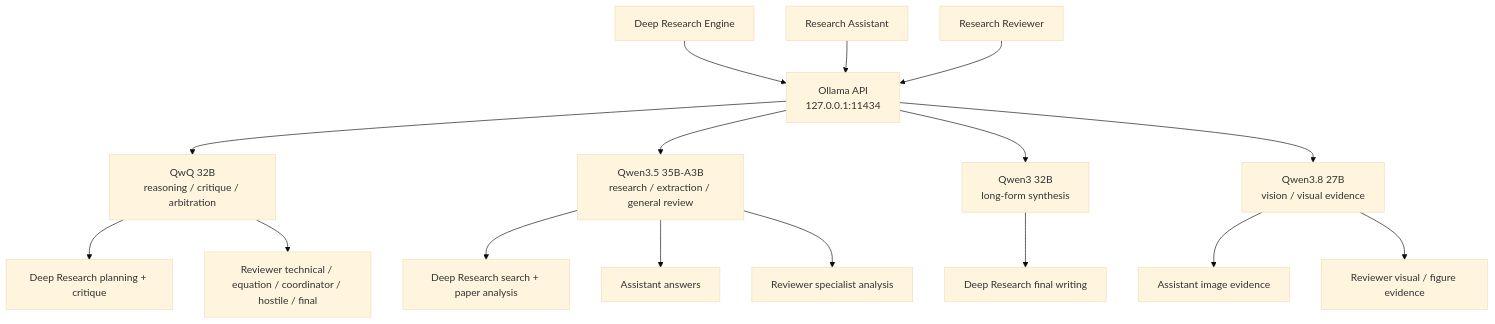
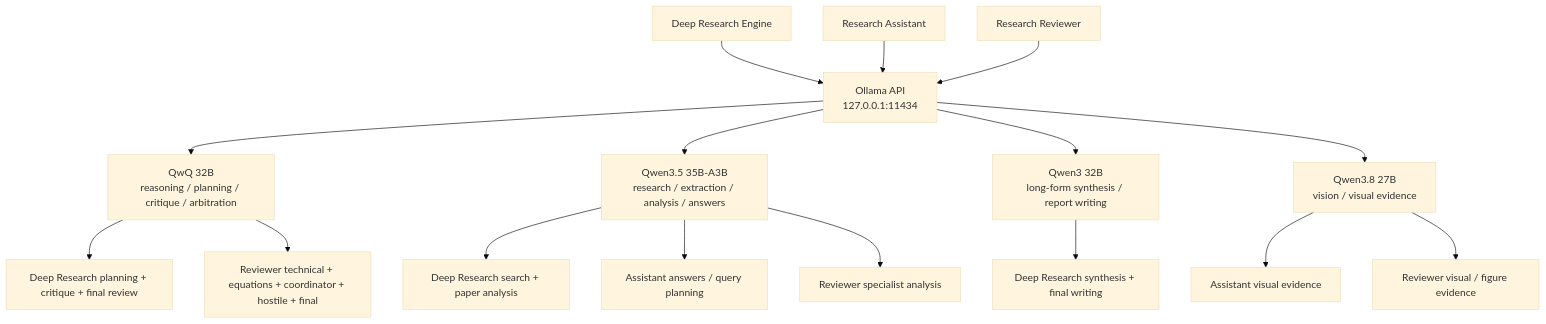
One commit to CRB20/deep_research_engine changed the fifth of 20 diagrams in README.md. Above: the diagram before and after it, drawn with Mermaid (base theme). The commit also changed other lines of this file, not shown here.

````diff
--- a/README.md
+++ b/README.md
@@ -827,20 +832,20 @@
 ```mermaid
 flowchart TB
     DRE[Deep Research Engine] --> API[Ollama API<br/>127.0.0.1:11434]
     RA[Research Assistant] --> API
     RR[Research Reviewer] --> API
 
-    API --> QWQ[QwQ 32B<br/>reasoning / critique / arbitration]
-    API --> Q35[Qwen3.5 35B-A3B<br/>research / extraction / general review]
-    API --> Q3[Qwen3 32B<br/>long-form synthesis]
+    API --> QWQ[QwQ 32B<br/>reasoning / planning / critique / arbitration]
+    API --> Q35[Qwen3.5 35B-A3B<br/>research / extraction / analysis / answers]
+    API --> Q3[Qwen3 32B<br/>long-form synthesis / report writing]
     API --> Q38[Qwen3.8 27B<br/>vision / visual evidence]
 
-    QWQ --> D1[Deep Research planning + critique]
-    QWQ --> R1[Reviewer technical / equation / coordinator / hostile / final]
+    QWQ --> D1[Deep Research planning + critique + final review]
+    QWQ --> R1[Reviewer technical + equations + coordinator + hostile + final]
     Q35 --> D2[Deep Research search + paper analysis]
-    Q35 --> A1[Assistant answers]
+    Q35 --> A1[Assistant answers / query planning]
     Q35 --> R2[Reviewer specialist analysis]
-    Q3 --> D3[Deep Research final writing]
-    Q38 --> A2[Assistant image evidence]
+    Q3 --> D3[Deep Research synthesis + final writing]
+    Q38 --> A2[Assistant visual evidence]
     Q38 --> R3[Reviewer visual / figure evidence]
 ```
````
